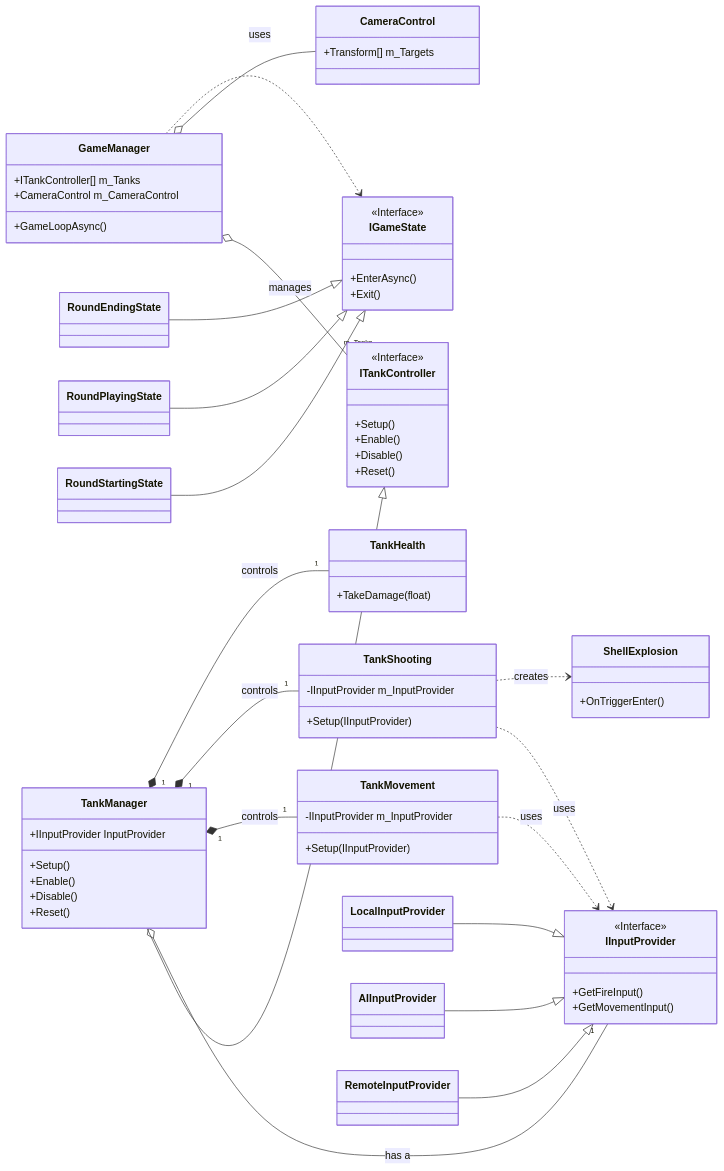
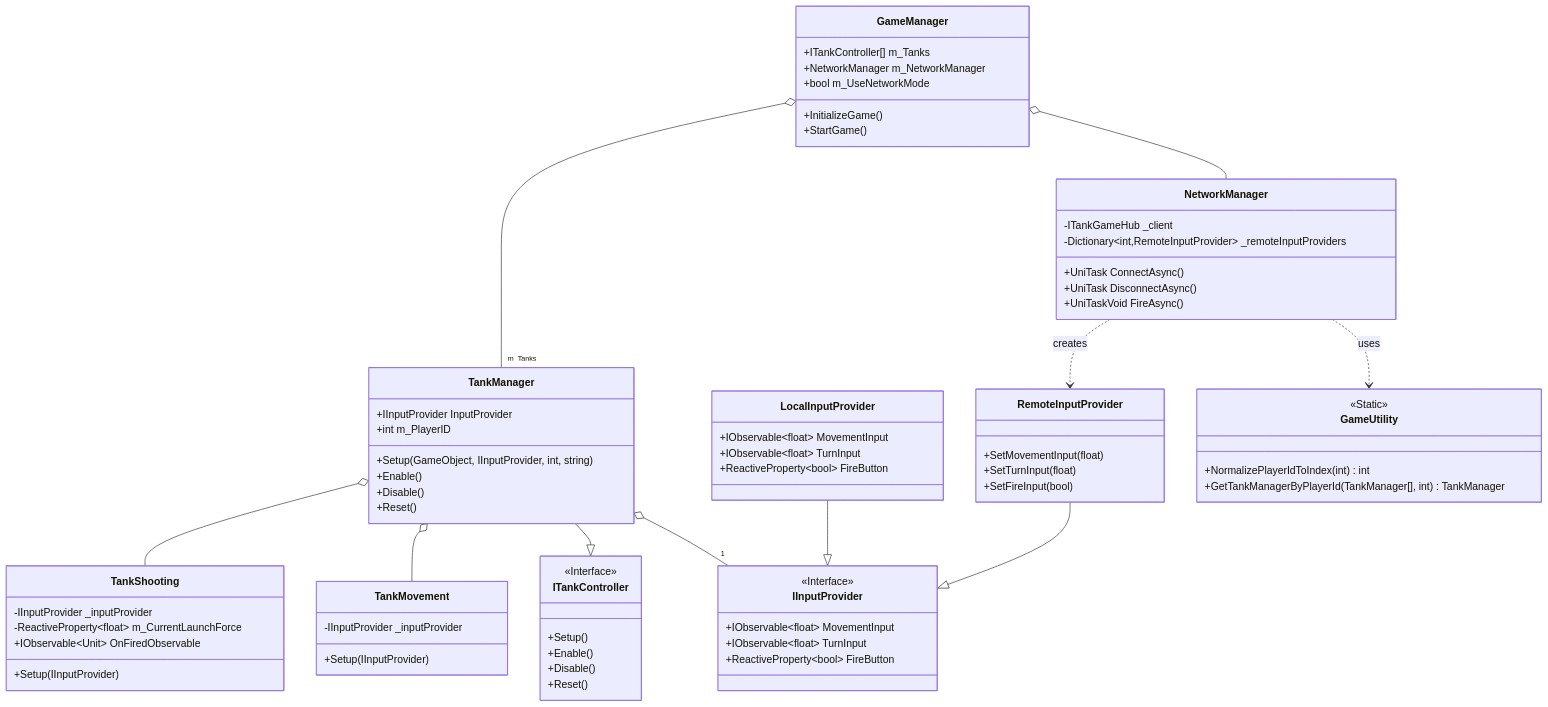
Before and after one commit to Kaguchi08/tanks_ex: the third of 4 diagrams in DESIGN_DOCUMENT.md, drawn with Mermaid. The commit also changed other lines of this file and 18 other files, not shown here.

````diff
--- a/DESIGN_DOCUMENT.md
+++ b/DESIGN_DOCUMENT.md
@@ -81,38 +241,42 @@
 ```mermaid
 classDiagram
-    direction LR
+    direction TB
 
     class GameManager {
         +ITankController[] m_Tanks
-        +CameraControl m_CameraControl
-        +GameLoopAsync()
+        +NetworkManager m_NetworkManager
+        +bool m_UseNetworkMode
+        +InitializeGame()
+        +StartGame()
+    }
+
+    class NetworkManager {
+        +UniTask ConnectAsync()
+        +UniTask DisconnectAsync()
+        +UniTaskVoid FireAsync()
+        -ITankGameHub _client
+        -Dictionary~int,RemoteInputProvider~ _remoteInputProviders
     }
 
     class TankManager {
         +IInputProvider InputProvider
-        +Setup()
+        +int m_PlayerID
+        +Setup(GameObject, IInputProvider, int, string)
         +Enable()
         +Disable()
         +Reset()
     }
 
-    class CameraControl {
-        +Transform[] m_Targets
+    class TankShooting {
+        -IInputProvider _inputProvider
+        -ReactiveProperty~float~ m_CurrentLaunchForce
+        +IObservable~Unit~ OnFiredObservable
+        +Setup(IInputProvider)
     }
 
     class TankMovement {
-        -IInputProvider m_InputProvider
+        -IInputProvider _inputProvider
         +Setup(IInputProvider)
-    }
-    class TankShooting {
-        -IInputProvider m_InputProvider
-        +Setup(IInputProvider)
-    }
-    class TankHealth {
-        +TakeDamage(float)
-    }
-    class ShellExplosion {
-        +OnTriggerEnter()
     }
 
     class ITankController {
@@ -123,45 +287,41 @@
         +Reset()
     }
 
-    class IGameState {
+    class IInputProvider {
         <<Interface>>
-        +EnterAsync()
-        +Exit()
+        +IObservable~float~ MovementInput
+        +IObservable~float~ TurnInput
+        +ReactiveProperty~bool~ FireButton
     }
 
-    class RoundStartingState
-    class RoundPlayingState
-    class RoundEndingState
-
-    class IInputProvider {
-        <<Interface>>
-        +GetFireInput()
-        +GetMovementInput()
+    class LocalInputProvider {
+        +IObservable~float~ MovementInput
+        +IObservable~float~ TurnInput
+        +ReactiveProperty~bool~ FireButton
     }
 
-    class LocalInputProvider
-    class AIInputProvider
-    class RemoteInputProvider
+    class RemoteInputProvider {
+        +SetMovementInput(float)
+        +SetTurnInput(float)
+        +SetFireInput(bool)
+    }
 
-    GameManager o-- "m_Tanks" ITankController : manages
-    GameManager o-- CameraControl
-    GameManager ..> IGameState : uses
+    class GameUtility {
+        <<Static>>
+        +NormalizePlayerIdToIndex(int) int
+        +GetTankManagerByPlayerId(TankManager[], int) TankManager
+    }
+
+    GameManager o-- NetworkManager
+    GameManager o-- "m_Tanks" TankManager
+    TankManager --|> ITankController
+    TankManager o-- "1" IInputProvider
+    TankManager o-- TankMovement
+    TankManager o-- TankShooting
     
-    TankManager --|> ITankController
-    TankManager o-- "1" IInputProvider : has a
-    TankManager "1" *-- "1" TankMovement : controls
-    TankManager "1" *-- "1" TankShooting : controls
-    TankManager "1" *-- "1" TankHealth : controls
-
-    TankMovement ..> IInputProvider : uses
-    TankShooting ..> IInputProvider : uses
-    TankShooting ..> ShellExplosion : creates
-
-    RoundStartingState --|> IGameState
-    RoundPlayingState --|> IGameState
-    RoundEndingState --|> IGameState
-
     LocalInputProvider --|> IInputProvider
-    AIInputProvider --|> IInputProvider
     RemoteInputProvider --|> IInputProvider
-``` 
+    
+    NetworkManager ..> RemoteInputProvider : creates
+    NetworkManager ..> GameUtility : uses
+```
````
